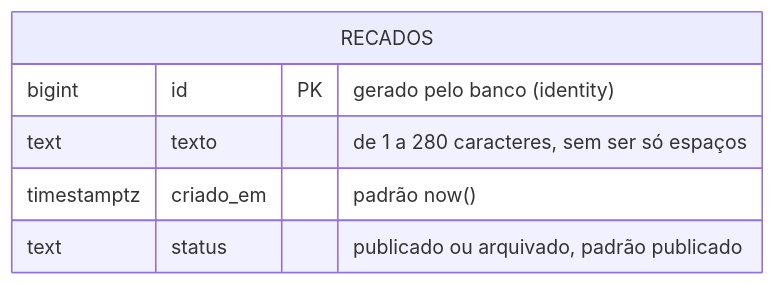
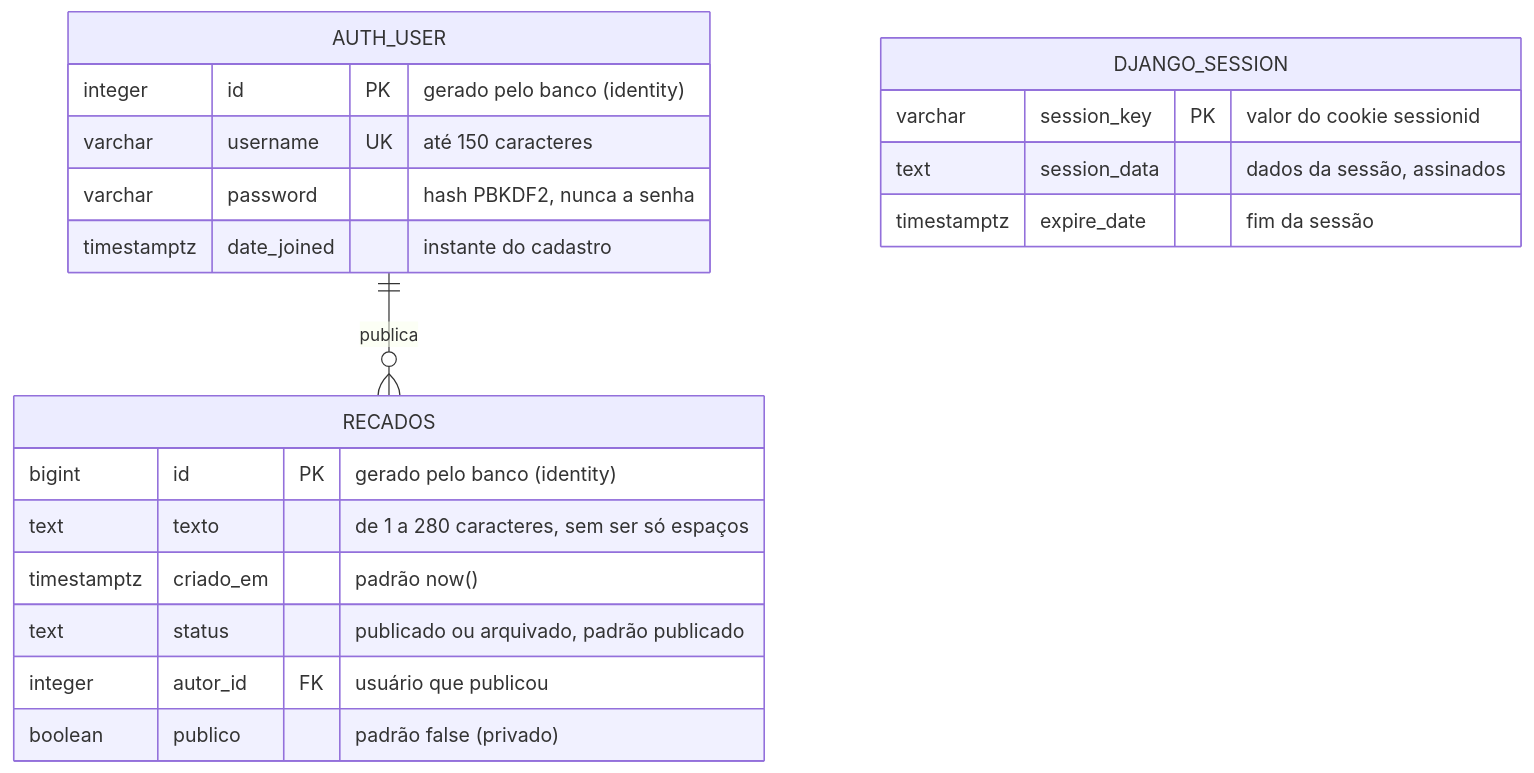
The first of 2 diagrams in docs/modelo-de-dados.md (jacksongomesbr/uft-cc-dwm-mini-mural-django), drawn with Mermaid before and after one commit. The commit also changed other lines of this file and 6 other files, not shown here.

````diff
--- a/docs/modelo-de-dados.md
+++ b/docs/modelo-de-dados.md
@@ -9,9 +15,23 @@
 ```mermaid
 erDiagram
+    AUTH_USER ||--o{ RECADOS : "publica"
+    AUTH_USER {
+        integer id PK "gerado pelo banco (identity)"
+        varchar username UK "até 150 caracteres"
+        varchar password "hash PBKDF2, nunca a senha"
+        timestamptz date_joined "instante do cadastro"
+    }
     RECADOS {
         bigint id PK "gerado pelo banco (identity)"
         text texto "de 1 a 280 caracteres, sem ser só espaços"
         timestamptz criado_em "padrão now()"
         text status "publicado ou arquivado, padrão publicado"
+        integer autor_id FK "usuário que publicou"
+        boolean publico "padrão false (privado)"
+    }
+    DJANGO_SESSION {
+        varchar session_key PK "valor do cookie sessionid"
+        text session_data "dados da sessão, assinados"
+        timestamptz expire_date "fim da sessão"
     }
 ```
````
